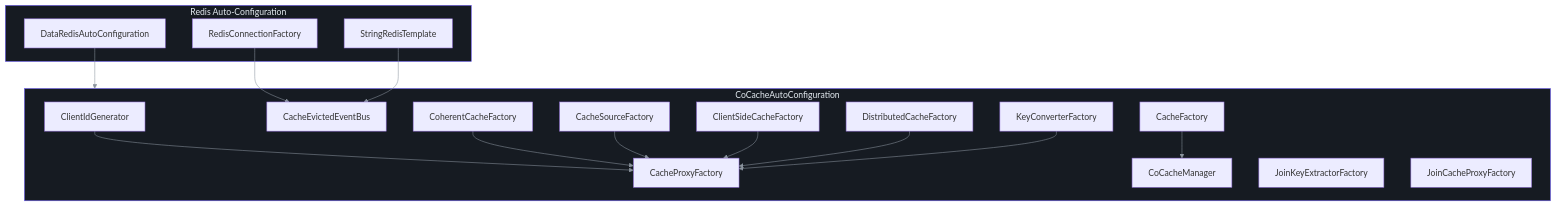
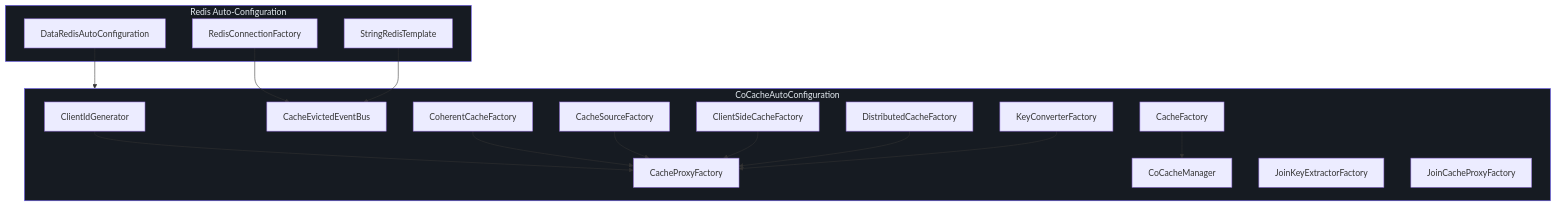
One commit to Ahoo-Wang/CoCache changed the fourth of 4 diagrams in wiki/api/spring-integration.md. Above: the diagram before and after it, drawn with Mermaid. The commit also changed other lines of this file and 4 other files, not shown here.

First line of the commit message:
fix(wiki): remove all numbered linkStyle directives from mermaid diagrams

````diff
--- a/wiki/api/spring-integration.md
+++ b/wiki/api/spring-integration.md
@@ -388,47 +374,37 @@
 ```mermaid
 graph TB
     subgraph Redis["Redis Auto-Configuration"]
         style Redis fill:#161b22,stroke:#6d5dfc,color:#e6edf3
         DRA["DataRedisAutoConfiguration"]
         RT["StringRedisTemplate"]
         RCF["RedisConnectionFactory"]
     end
 
     subgraph CoCache["CoCacheAutoConfiguration"]
         style CoCache fill:#161b22,stroke:#6d5dfc,color:#e6edf3
         CCG["ClientIdGenerator"]
         CEV["CacheEvictedEventBus"]
         CCF["CoherentCacheFactory"]
         CPF["CacheProxyFactory"]
         CSrcF["CacheSourceFactory"]
         CSF["ClientSideCacheFactory"]
         DCF["DistributedCacheFactory"]
         KCF["KeyConverterFactory"]
         SCF["CacheFactory"]
         CCM["CoCacheManager"]
         JKEF["JoinKeyExtractorFactory"]
         JCPF["JoinCacheProxyFactory"]
     end
 
     RCF --> CEV
     RT --> CEV
     DRA --> CoCache
     CCG --> CPF
     CCF --> CPF
     CSrcF --> CPF
     CSF --> CPF
     DCF --> CPF
     KCF --> CPF
     SCF --> CCM
 
-    linkStyle 0 stroke:#8b949e
-    linkStyle 1 stroke:#8b949e
-    linkStyle 2 stroke:#8b949e
-    linkStyle 3 stroke:#8b949e
-    linkStyle 4 stroke:#8b949e
-    linkStyle 5 stroke:#8b949e
-    linkStyle 6 stroke:#8b949e
-    linkStyle 7 stroke:#8b949e
-    linkStyle 8 stroke:#8b949e
-    linkStyle 9 stroke:#8b949e
 ```
````
